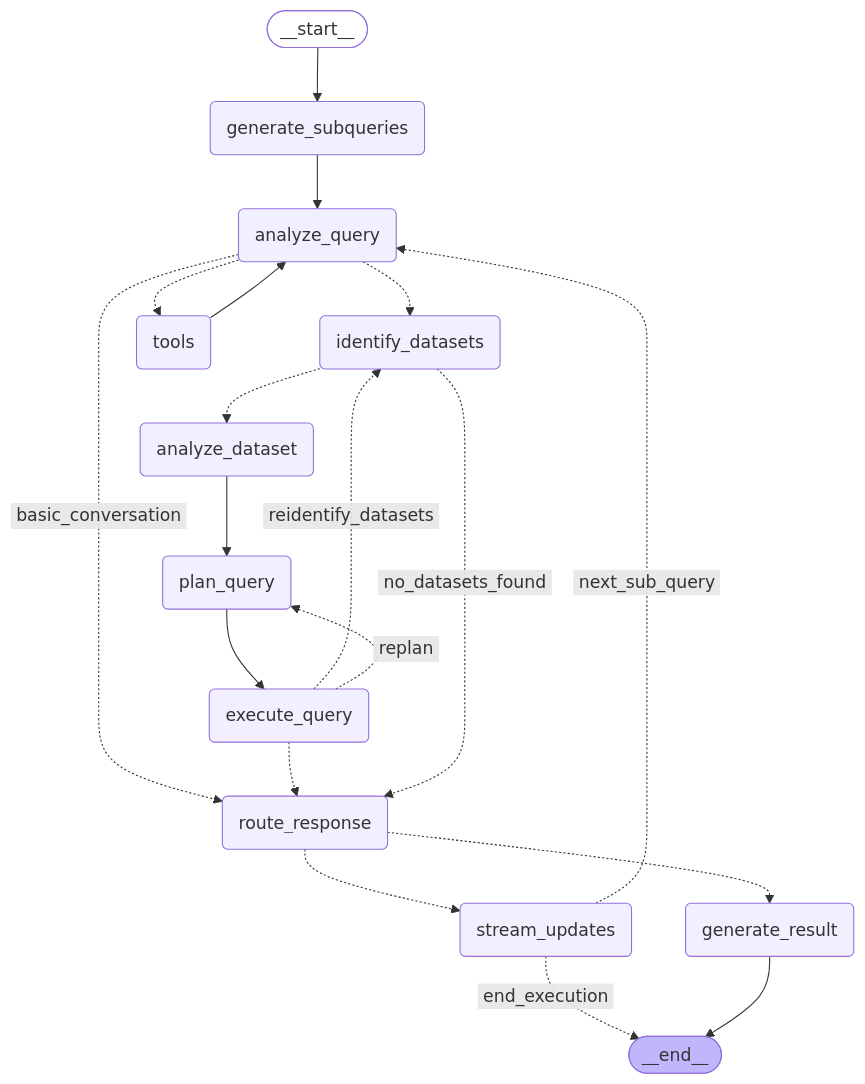
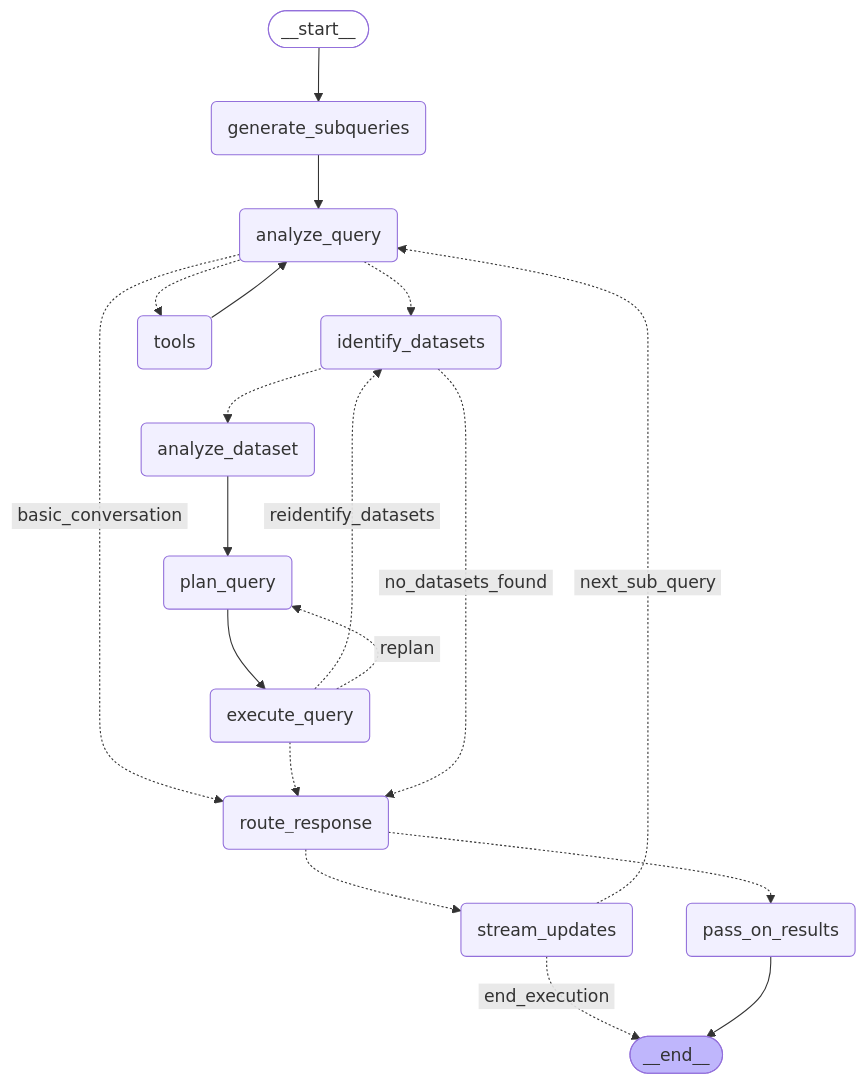
The diagram in chat-server/app/workflow/graph/graph_mermaid/multi_dataset_graph.mmd (factly/gopie), drawn with Mermaid before and after one commit. The commit also changed 8 other files, not shown here.

Commit message:
feat: integrate generate_result node into agent workflow

```diff
--- a/chat-server/app/workflow/graph/graph_mermaid/multi_dataset_graph.mmd
+++ b/chat-server/app/workflow/graph/graph_mermaid/multi_dataset_graph.mmd
@@ -1,39 +1,39 @@
 ---
 config:
   flowchart:
     curve: basis
 ---
 graph TD;
 	__start__([<p>__start__</p>]):::first
 	generate_subqueries(generate_subqueries)
 	identify_datasets(identify_datasets)
 	analyze_query(analyze_query)
 	plan_query(plan_query)
 	execute_query(execute_query)
-	generate_result(generate_result)
 	analyze_dataset(analyze_dataset)
 	stream_updates(stream_updates)
 	tools(tools)
 	route_response(route_response)
+	pass_on_results(pass_on_results)
 	__end__([<p>__end__</p>]):::last
 	__start__ --> generate_subqueries;
 	analyze_dataset --> plan_query;
 	analyze_query -.-> identify_datasets;
 	analyze_query -. &nbsp;basic_conversation&nbsp; .-> route_response;
 	analyze_query -.-> tools;
 	execute_query -. &nbsp;reidentify_datasets&nbsp; .-> identify_datasets;
 	execute_query -. &nbsp;replan&nbsp; .-> plan_query;
 	execute_query -.-> route_response;
 	generate_subqueries --> analyze_query;
 	identify_datasets -.-> analyze_dataset;
 	identify_datasets -. &nbsp;no_datasets_found&nbsp; .-> route_response;
 	plan_query --> execute_query;
-	route_response -.-> generate_result;
+	route_response -.-> pass_on_results;
 	route_response -.-> stream_updates;
 	stream_updates -. &nbsp;end_execution&nbsp; .-> __end__;
 	stream_updates -. &nbsp;next_sub_query&nbsp; .-> analyze_query;
 	tools --> analyze_query;
-	generate_result --> __end__;
+	pass_on_results --> __end__;
 	classDef default fill:#f2f0ff,line-height:1.2
 	classDef first fill-opacity:0
 	classDef last fill:#bfb6fc
```
